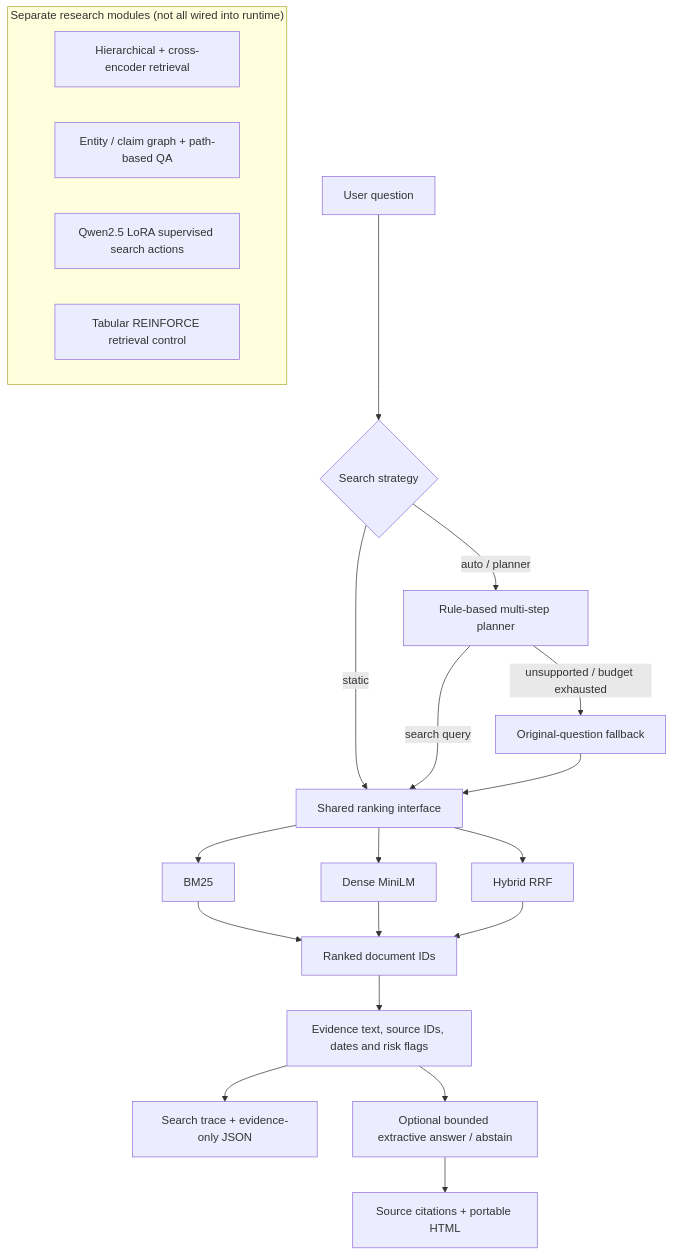
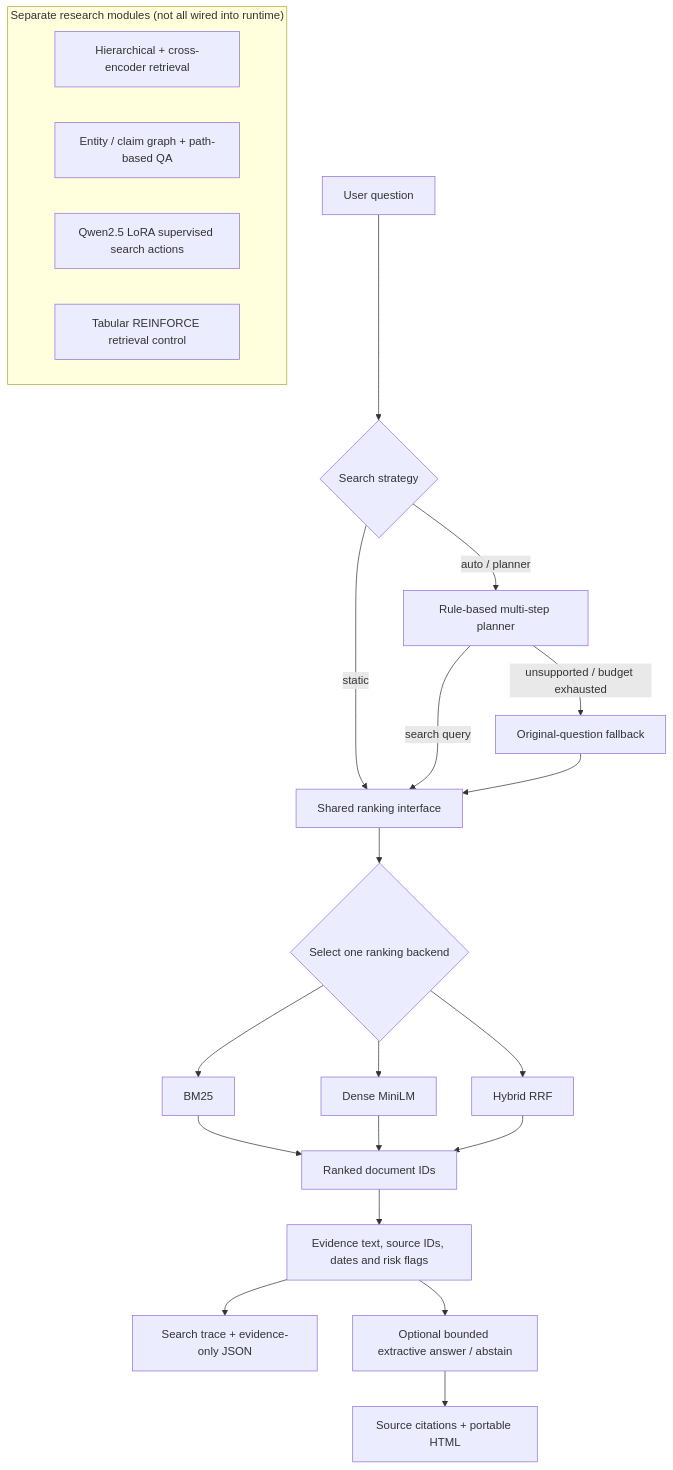
Before and after one commit to ivedantsharma/agentic-knowledge-lab: the diagram in knowledge_engine/README.md, drawn with Mermaid.

Commit message:
docs(engine): clarify runtime selects one retrieval backend in architecture diagram

````diff
--- a/knowledge_engine/README.md
+++ b/knowledge_engine/README.md
@@ -11,27 +11,28 @@
 ```mermaid
 flowchart TD
     Q["User question"] --> Mode{"Search strategy"}
     Mode -->|"static"| Rank["Shared ranking interface"]
     Mode -->|"auto / planner"| Planner["Rule-based multi-step planner"]
     Planner -->|"search query"| Rank
     Planner -->|"unsupported / budget exhausted"| Fallback["Original-question fallback"]
     Fallback --> Rank
 
-    Rank --> BM25["BM25"]
-    Rank --> Dense["Dense MiniLM"]
-    Rank --> Hybrid["Hybrid RRF"]
+    Rank --> Choice{"Select one ranking backend"}
+    Choice --> BM25["BM25"]
+    Choice --> Dense["Dense MiniLM"]
+    Choice --> Hybrid["Hybrid RRF"]
     BM25 --> Hits["Ranked document IDs"]
     Dense --> Hits
     Hybrid --> Hits
     Hits --> Evidence["Evidence text, source IDs, dates and risk flags"]
     Evidence --> Trace["Search trace + evidence-only JSON"]
     Evidence --> Extract["Optional bounded extractive answer / abstain"]
     Extract --> Report["Source citations + portable HTML"]
 
     subgraph Research["Separate research modules (not all wired into runtime)"]
         Hier["Hierarchical + cross-encoder retrieval"]
         Graph["Entity / claim graph + path-based QA"]
         SFT["Qwen2.5 LoRA supervised search actions"]
         RL["Tabular REINFORCE retrieval control"]
     end
 ```
````
